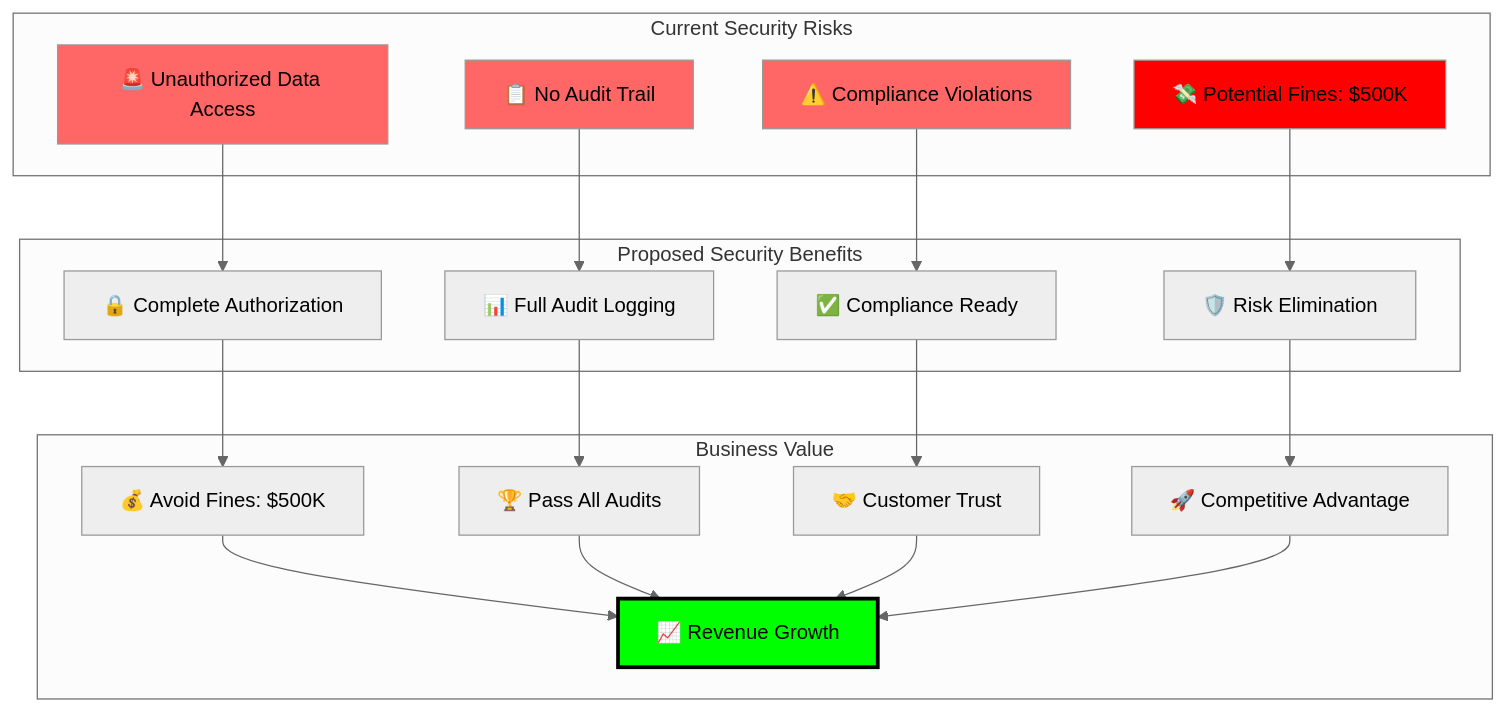
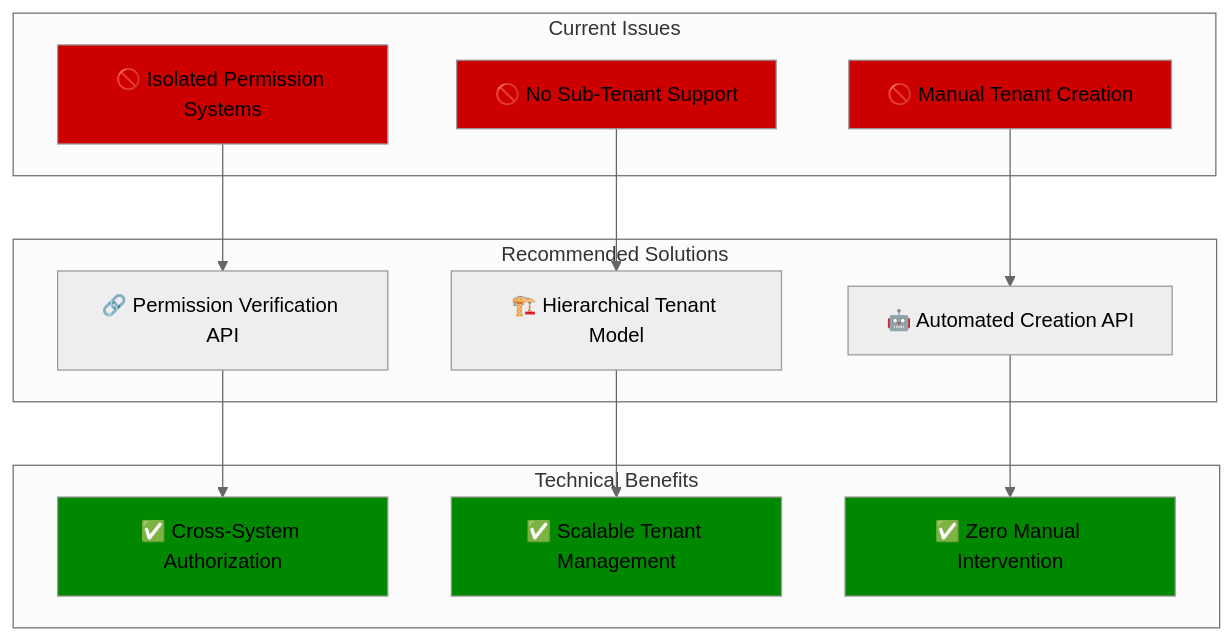
Before and after one commit to hi-dil/SSO-POC: diagram 19 of 21 in docs/architecture/challenges-and-solutions.md, drawn with Mermaid (neutral theme). The commit also changed other lines of this file, not shown here.

````diff
--- a/docs/architecture/challenges-and-solutions.md
+++ b/docs/architecture/challenges-and-solutions.md
@@ -840,40 +717,31 @@
 ```mermaid
 graph TB
-    subgraph "Current Security Risks"
-        R1[🚨 Unauthorized Data Access]
-        R2[📋 No Audit Trail]
-        R3[⚠️ Compliance Violations]
-        R4[💸 Potential Fines: $500K]
+    subgraph "Current Issues"
+        I1[🚫 Isolated Permission Systems]
+        I2[🚫 No Sub-Tenant Support]
+        I3[🚫 Manual Tenant Creation]
     end
     
-    subgraph "Proposed Security Benefits"
-        B1[🔒 Complete Authorization]
-        B2[📊 Full Audit Logging]
-        B3[✅ Compliance Ready]
-        B4[🛡️ Risk Elimination]
+    subgraph "Recommended Solutions"
+        S1[🔗 Permission Verification API]
+        S2[🏗️ Hierarchical Tenant Model]
+        S3[🤖 Automated Creation API]
     end
     
-    subgraph "Business Value"
-        V1[💰 Avoid Fines: $500K]
-        V2[🏆 Pass All Audits]
-        V3[🤝 Customer Trust]
-        V4[🚀 Competitive Advantage]
-        V5[📈 Revenue Growth]
+    subgraph "Technical Benefits"
+        B1[✅ Cross-System Authorization]
+        B2[✅ Scalable Tenant Management]
+        B3[✅ Zero Manual Intervention]
     end
     
-    R1 --> B1 --> V1
-    R2 --> B2 --> V2
-    R3 --> B3 --> V3
-    R4 --> B4 --> V4
+    I1 --> S1 --> B1
+    I2 --> S2 --> B2
+    I3 --> S3 --> B3
     
-    V1 --> V5
-    V2 --> V5
-    V3 --> V5
-    V4 --> V5
-    
-    style R1 fill:#ff6666
-    style R2 fill:#ff6666
-    style R3 fill:#ff6666
-    style R4 fill:#ff0000
-    style V5 fill:#00ff00,stroke:#000,stroke-width:3px
+    style I1 fill:#cc0000
+    style I2 fill:#cc0000
+    style I3 fill:#cc0000
+    style B1 fill:#008800
+    style B2 fill:#008800
+    style B3 fill:#008800
 ```
````
